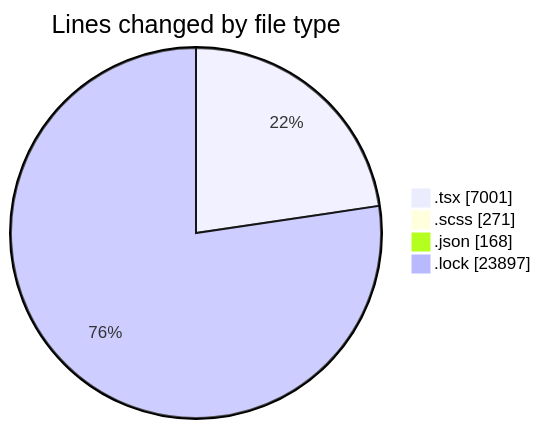
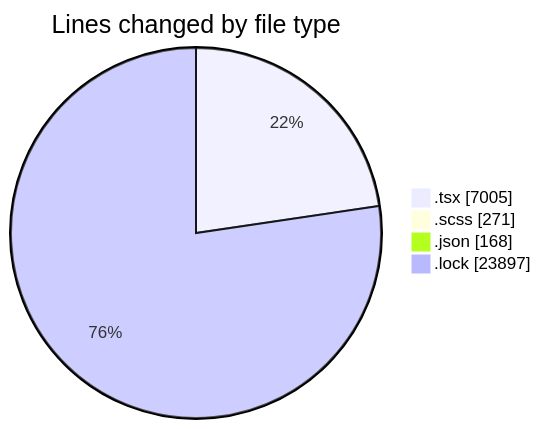
The first of 2 diagrams in 2025-11-18/cda/README.md (momahboobian/code-tracking), drawn with Mermaid before and after one commit. The commit also changed other lines of this file and 1 other file, not shown here.

````diff
--- a/2025-11-18/cda/README.md
+++ b/2025-11-18/cda/README.md
@@ -34,8 +34,8 @@
 ```mermaid
 pie showData
 title Lines changed by file type
-".tsx" : 7001
+".tsx" : 7005
 ".scss" : 271
 ".json" : 168
 ".lock" : 23897
 ```
````
